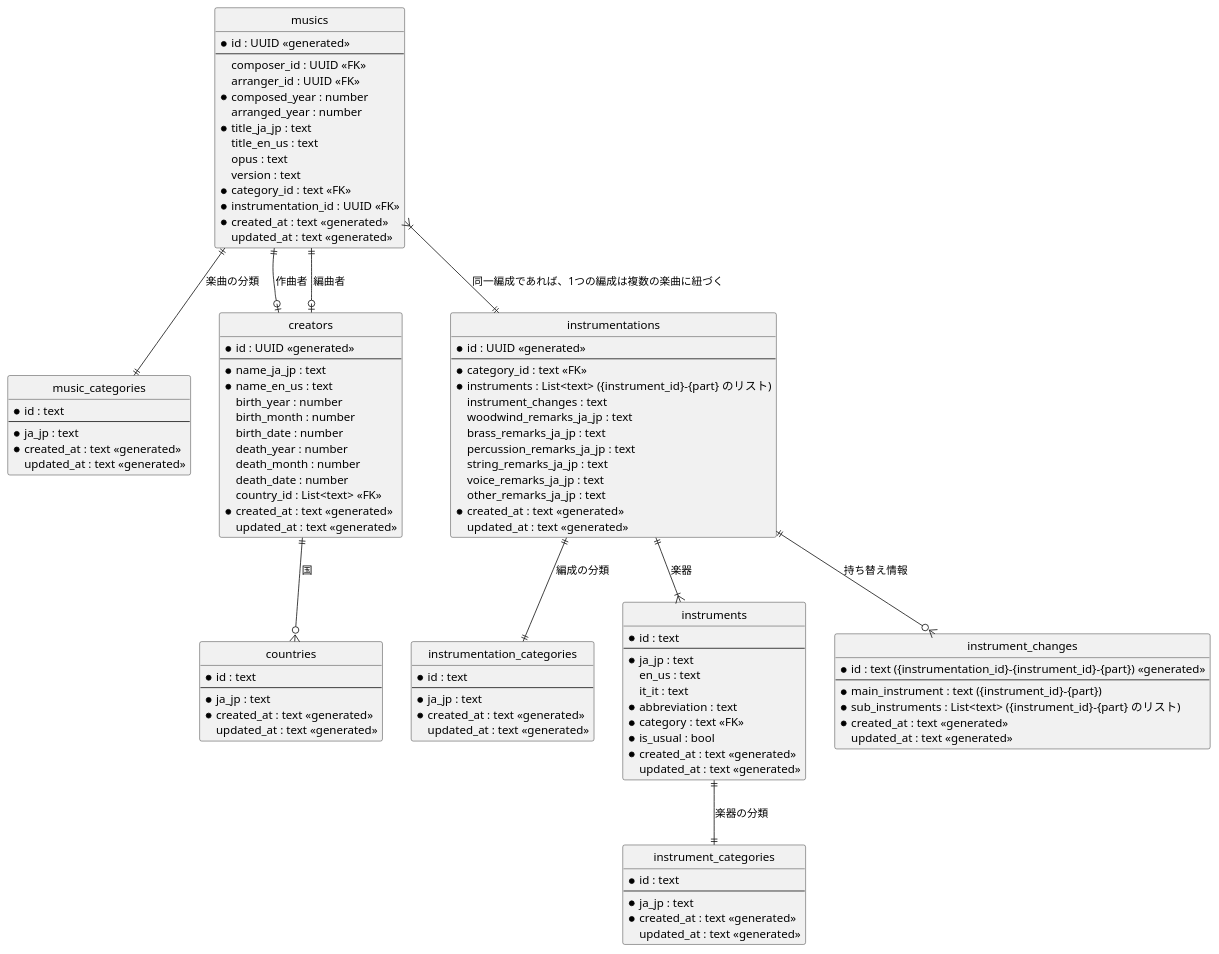
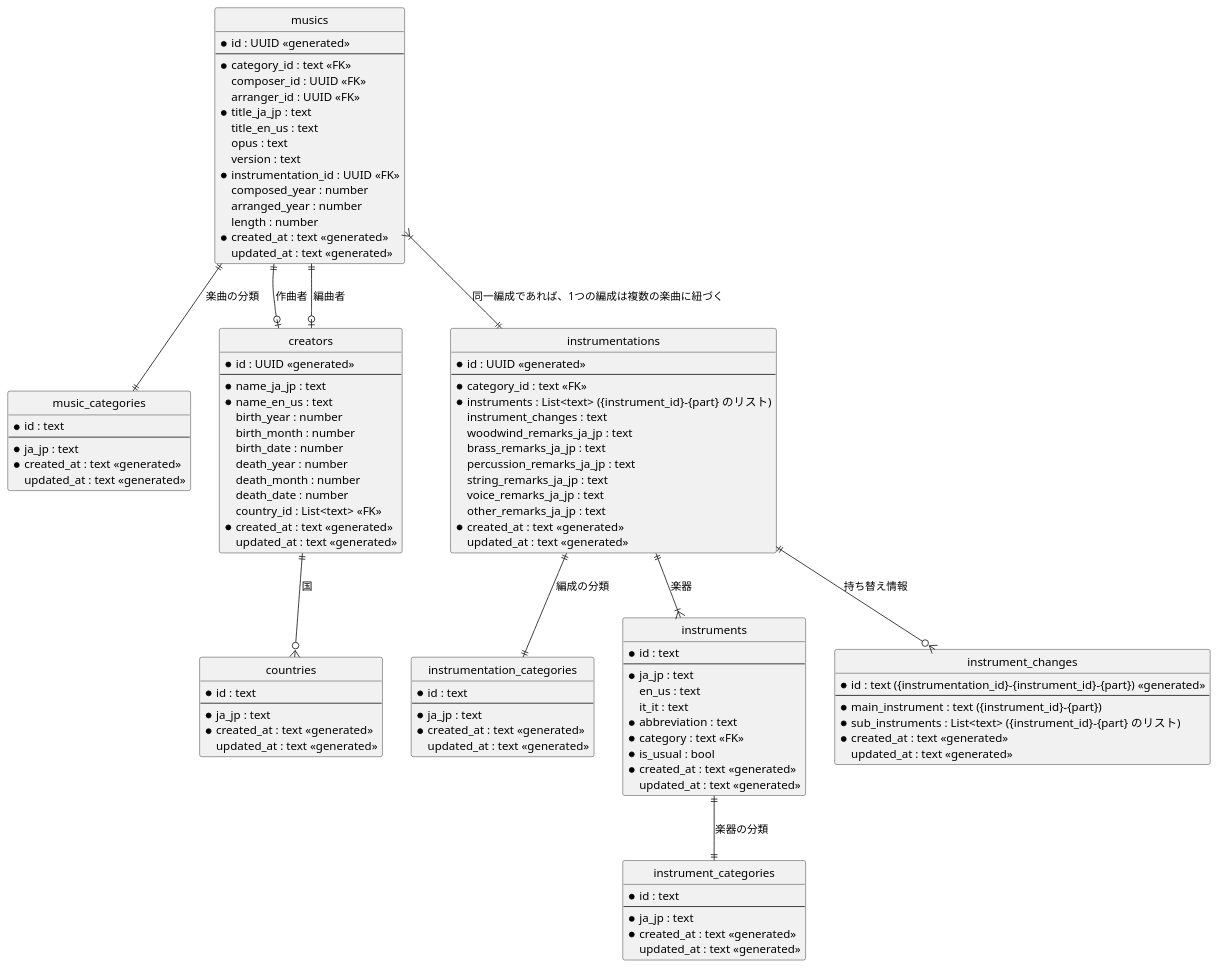
The diagram in docs/database/music-pf-database_music.pu (masjinno/music-pf-backend), drawn with PlantUML before and after one commit. The commit also changed 8 other files, not shown here.

```diff
--- a/docs/database/music-pf-database_music.pu
+++ b/docs/database/music-pf-database_music.pu
@@ -1,131 +1,132 @@
 @startuml
 
 ' hide the spot
 hide circle
 
 ' 楽曲テーブル
 entity "musics" as music {
     * id : UUID <<generated>>
     --
+    * category_id : text <<FK>>
     composer_id : UUID <<FK>>
     arranger_id : UUID <<FK>>
-    * composed_year : number
-    arranged_year : number
     * title_ja_jp : text
     title_en_us : text
     opus : text
     version : text
-    * category_id : text <<FK>>
     * instrumentation_id : UUID <<FK>>
+    composed_year : number
+    arranged_year : number
+    length : number
     * created_at : text <<generated>>
     updated_at : text <<generated>>
 }
 
 ' 楽曲分類テーブル
 entity "music_categories" as music_category {
     * id : text
     --
     * ja_jp : text
     * created_at : text <<generated>>
     updated_at : text <<generated>>
 }
 
 ' 作者(作曲者や編曲者)テーブル
 entity "creators" as creator {
     * id : UUID <<generated>>
     --
     * name_ja_jp : text
     * name_en_us : text
     birth_year : number
     birth_month : number
     birth_date : number
     death_year : number
     death_month : number
     death_date : number
     country_id : List<text> <<FK>>
     * created_at : text <<generated>>
     updated_at : text <<generated>>
 }
 
 ' 国テーブル
 entity "countries" as country {
     * id : text
     --
     * ja_jp : text
     * created_at : text <<generated>>
     updated_at : text <<generated>>
 }
 
 ' 編成テーブル
 entity "instrumentations" as instrumentation {
     * id : UUID <<generated>>
     --
     * category_id : text <<FK>>
     * instruments : List<text> ({instrument_id}-{part} のリスト)
     instrument_changes : text
     woodwind_remarks_ja_jp : text
     brass_remarks_ja_jp : text
     percussion_remarks_ja_jp : text
     string_remarks_ja_jp : text
     voice_remarks_ja_jp : text
     other_remarks_ja_jp : text
     * created_at : text <<generated>>
     updated_at : text <<generated>>
 }
 
 ' 編成分類テーブル
 entity "instrumentation_categories" as instrumentation_category {
     * id : text
     --
     * ja_jp : text
     * created_at : text <<generated>>
     updated_at : text <<generated>>
 }
 
 ' 楽器テーブル
 entity "instruments" as instrument {
     * id : text
     --
     * ja_jp : text
     en_us : text
     it_it : text
     * abbreviation : text
     * category : text <<FK>>
     * is_usual : bool
     * created_at : text <<generated>>
     updated_at : text <<generated>>
 }
 
 ' 楽器分類テーブル
 entity "instrument_categories" as instrument_category {
     * id : text
     --
     * ja_jp : text
     * created_at : text <<generated>>
     updated_at : text <<generated>>
 }
 
 ' 楽器持替えテーブル
 entity "instrument_changes" as instrument_change {
     * id : text ({instrumentation_id}-{instrument_id}-{part}) <<generated>>
     --
     * main_instrument : text ({instrument_id}-{part})
     * sub_instruments : List<text> ({instrument_id}-{part} のリスト)
     * created_at : text <<generated>>
     updated_at : text <<generated>>
 }
 
 music ||--|| music_category : 楽曲の分類
 music ||--o| creator : 作曲者
 music ||--o| creator : 編曲者
 music }|--|| instrumentation : 同一編成であれば、1つの編成は複数の楽曲に紐づく
 
 creator ||--o{ country : 国
 
 instrumentation ||--|| instrumentation_category : 編成の分類
 instrumentation ||--|{ instrument : 楽器
 instrumentation ||--o{ instrument_change : 持ち替え情報
 
 instrument ||--|| instrument_category : 楽器の分類
 
 @enduml
```
